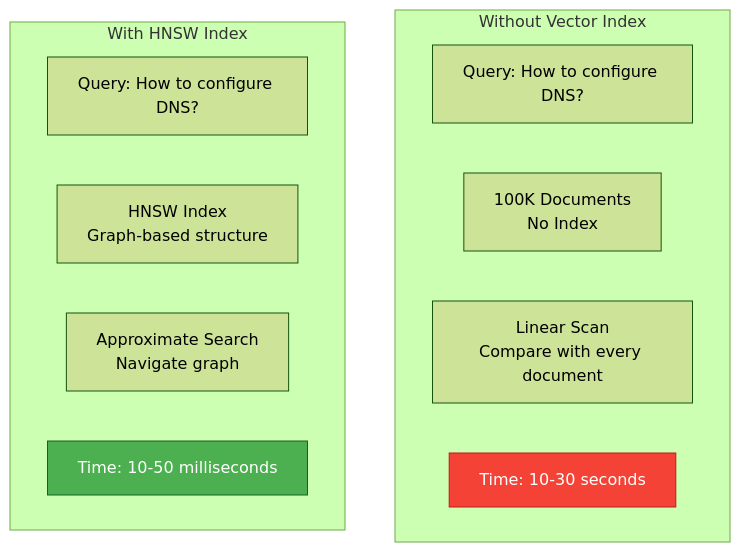
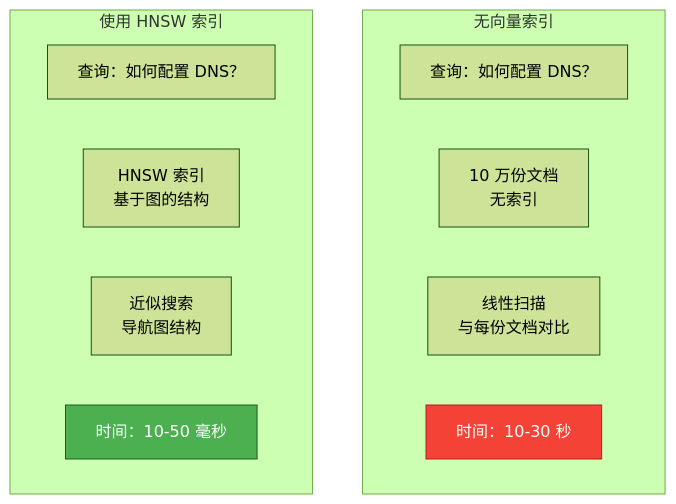
The first of 14 diagrams in i18n/zh-Hans/docusaurus-plugin-content-docs/current/ai/rag/03-index.mdx (YiWang24/AiDIY), drawn with Mermaid (forest theme) before and after one commit. The commit also changed other lines of this file and 59 other files, not shown here.

````diff
--- a/i18n/zh-Hans/docusaurus-plugin-content-docs/current/ai/rag/03-index.mdx
+++ b/i18n/zh-Hans/docusaurus-plugin-content-docs/current/ai/rag/03-index.mdx
@@ -33,19 +33,19 @@
 ```mermaid
 flowchart TB
-    subgraph WithoutIndex["Without Vector Index"]
-        Q["Query: How to configure DNS?"]
-        V["100K Documents<br/>No Index"]
-        S["Linear Scan<br/>Compare with every document"]
-        T["Time: 10-30 seconds"]
+    subgraph WithoutIndex["无向量索引"]
+        Q["查询：如何配置 DNS？"]
+        V["10 万份文档<br/>无索引"]
+        S["线性扫描<br/>与每份文档对比"]
+        T["时间：10-30 秒"]
     end
 
-    subgraph WithIndex["With HNSW Index"]
-        Q2["Query: How to configure DNS?"]
-        I["HNSW Index<br/>Graph-based structure"]
-        S2["Approximate Search<br/>Navigate graph"]
-        T2["Time: 10-50 milliseconds"]
+    subgraph WithIndex["使用 HNSW 索引"]
+        Q2["查询：如何配置 DNS？"]
+        I["HNSW 索引<br/>基于图的结构"]
+        S2["近似搜索<br/>导航图结构"]
+        T2["时间：10-50 毫秒"]
     end
 
     style T fill:#f44336,stroke:#b71c1c,color:#fff
     style T2 fill:#4caf50,stroke:#1b5e20,color:#fff
 ```
````
